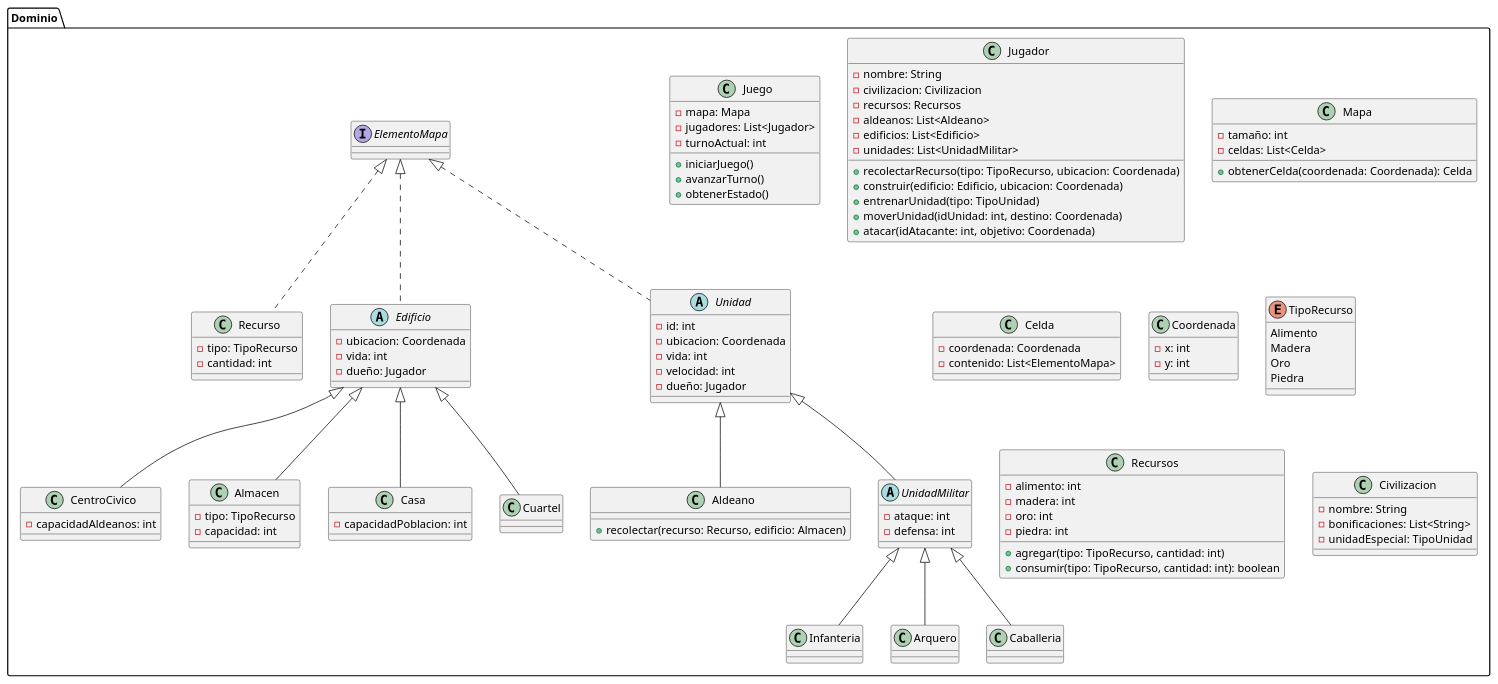
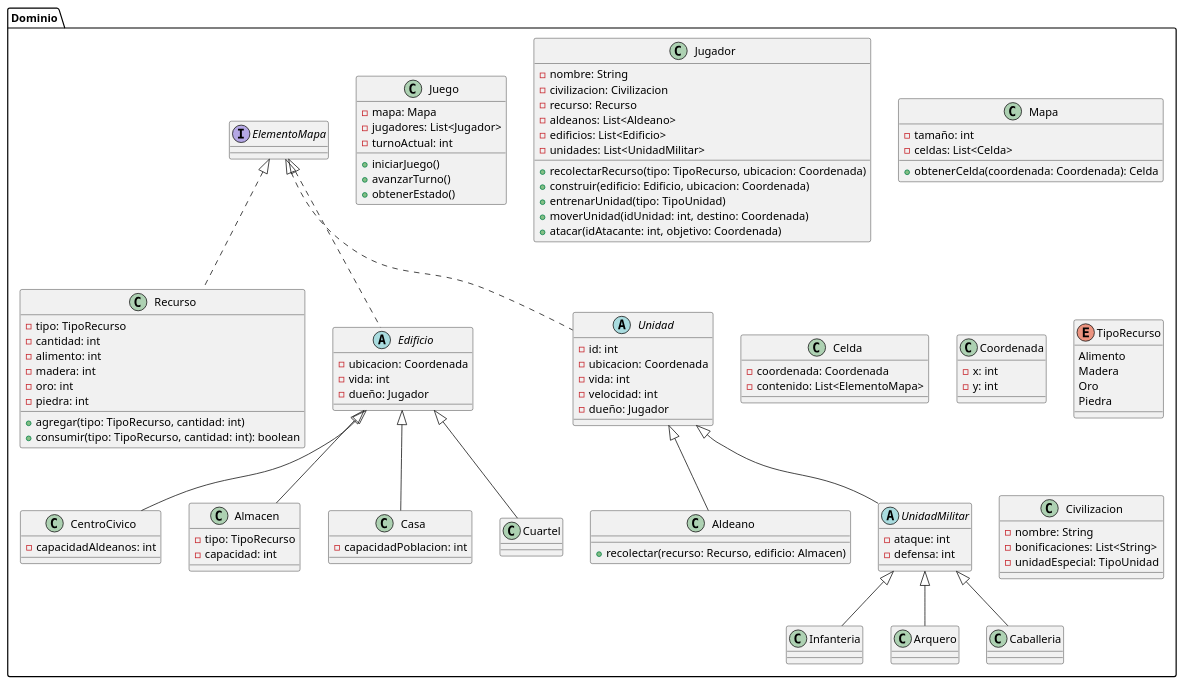
One commit to mcaetano7/proyectop22025 changed the diagram in src/scratch.puml. Above: the diagram before and after it, drawn with PlantUML.

Commit message:
Cambio de recursos a recurso

```diff
--- a/src/scratch.puml
+++ b/src/scratch.puml
@@ -1,125 +1,125 @@
 @startuml PIIProyecto2025
 
 ' Paquete principal
 package "Dominio" {
     
     class Juego {
         - mapa: Mapa
         - jugadores: List<Jugador>
         - turnoActual: int
         + iniciarJuego()
         + avanzarTurno()
         + obtenerEstado()
     }
 
     class Jugador {
         - nombre: String
         - civilizacion: Civilizacion
-        - recursos: Recursos
+        - recurso: Recurso
         - aldeanos: List<Aldeano>
         - edificios: List<Edificio>
         - unidades: List<UnidadMilitar>
         + recolectarRecurso(tipo: TipoRecurso, ubicacion: Coordenada)
         + construir(edificio: Edificio, ubicacion: Coordenada)
         + entrenarUnidad(tipo: TipoUnidad)
         + moverUnidad(idUnidad: int, destino: Coordenada)
         + atacar(idAtacante: int, objetivo: Coordenada)
     }
 
     class Mapa {
         - tamaño: int
         - celdas: List<Celda>
         + obtenerCelda(coordenada: Coordenada): Celda
     }
 
     class Celda {
         - coordenada: Coordenada
         - contenido: List<ElementoMapa>
     }
 
     class Coordenada {
         - x: int
         - y: int
     }
 
     interface ElementoMapa {
     }
 
     class Recurso implements ElementoMapa {
         - tipo: TipoRecurso
         - cantidad: int
     }
 
     enum TipoRecurso {
         Alimento
         Madera
         Oro
         Piedra
     }
 
-    class Recursos {
+    class Recurso {
         - alimento: int
         - madera: int
         - oro: int
         - piedra: int
         + agregar(tipo: TipoRecurso, cantidad: int)
         + consumir(tipo: TipoRecurso, cantidad: int): boolean
     }
 
     class Civilizacion {
         - nombre: String
         - bonificaciones: List<String>
         - unidadEspecial: TipoUnidad
     }
 
     abstract class Edificio implements ElementoMapa {
         - ubicacion: Coordenada
         - vida: int
         - dueño: Jugador
     }
 
     class CentroCivico extends Edificio {
         - capacidadAldeanos: int
     }
 
     class Almacen extends Edificio {
         - tipo: TipoRecurso
         - capacidad: int
     }
 
     class Casa extends Edificio {
         - capacidadPoblacion: int
     }
 
     class Cuartel extends Edificio {
     }
 
     abstract class Unidad implements ElementoMapa {
         - id: int
         - ubicacion: Coordenada
         - vida: int
         - velocidad: int
         - dueño: Jugador
     }
 
     class Aldeano extends Unidad {
         + recolectar(recurso: Recurso, edificio: Almacen)
     }
 
     abstract class UnidadMilitar extends Unidad {
         - ataque: int
         - defensa: int
     }
 
     class Infanteria extends UnidadMilitar {
     }
 
     class Arquero extends UnidadMilitar {
     }
 
     class Caballeria extends UnidadMilitar {
     }
 
 }
 
 @enduml
```
